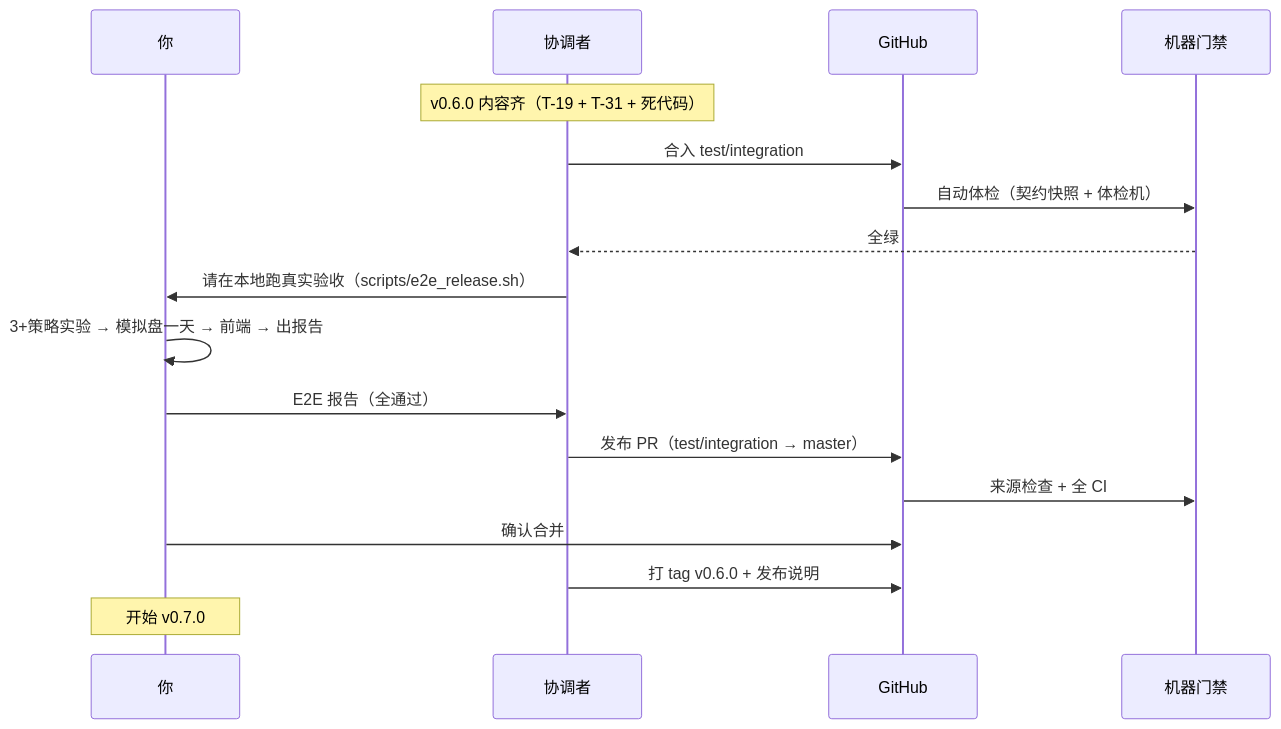
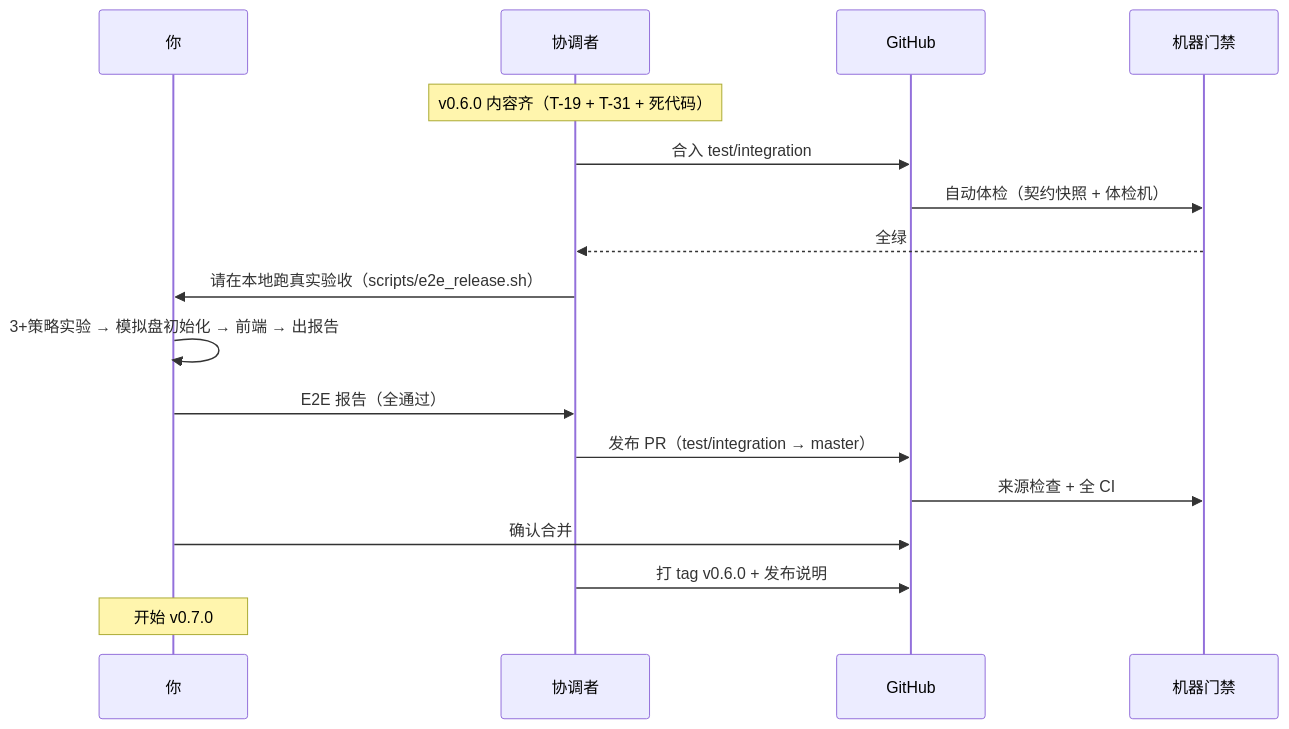
Before and after one commit to feng653/quant-lean: the seventh of 7 diagrams in docs/WORKFLOW_UPDATE_PLAN.md, drawn with Mermaid. The commit also changed other lines of this file, not shown here.

````diff
--- a/docs/WORKFLOW_UPDATE_PLAN.md
+++ b/docs/WORKFLOW_UPDATE_PLAN.md
@@ -179,20 +222,20 @@
 ```mermaid
 sequenceDiagram
     participant U as 你
     participant C as 协调者
     participant G as GitHub
     participant M as 机器门禁
 
     Note over C: v0.6.0 内容齐（T-19 + T-31 + 死代码）
     C->>G: 合入 test/integration
     G->>M: 自动体检（契约快照 + 体检机）
     M-->>C: 全绿
     C->>U: 请在本地跑真实验收（scripts/e2e_release.sh）
-    U->>U: 3+策略实验 → 模拟盘一天 → 前端 → 出报告
+    U->>U: 3+策略实验 → 模拟盘初始化 → 前端 → 出报告
     U->>C: E2E 报告（全通过）
     C->>G: 发布 PR（test/integration → master）
     G->>M: 来源检查 + 全 CI
     U->>G: 确认合并
     C->>G: 打 tag v0.6.0 + 发布说明
     Note over U: 开始 v0.7.0
 ```
````
